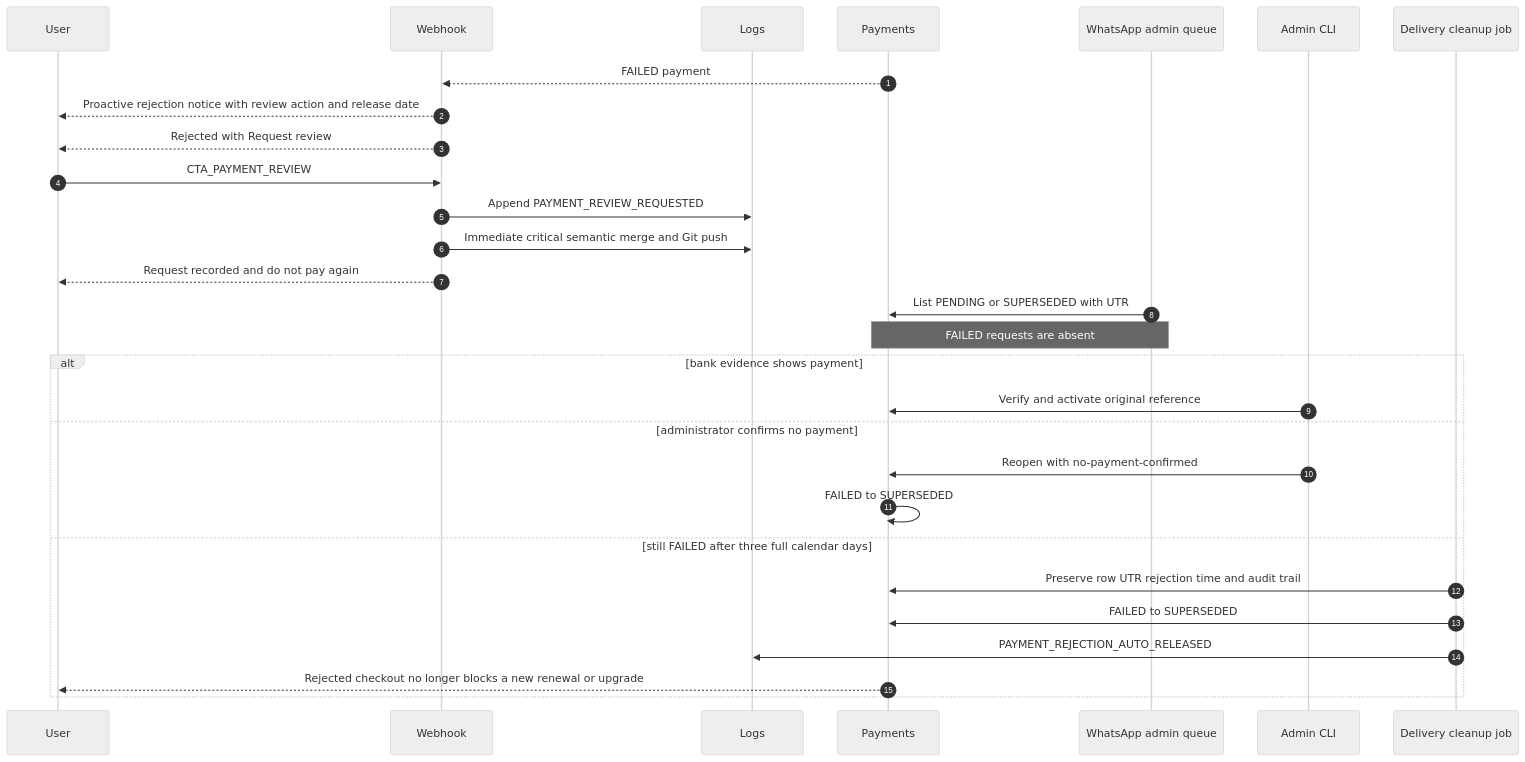
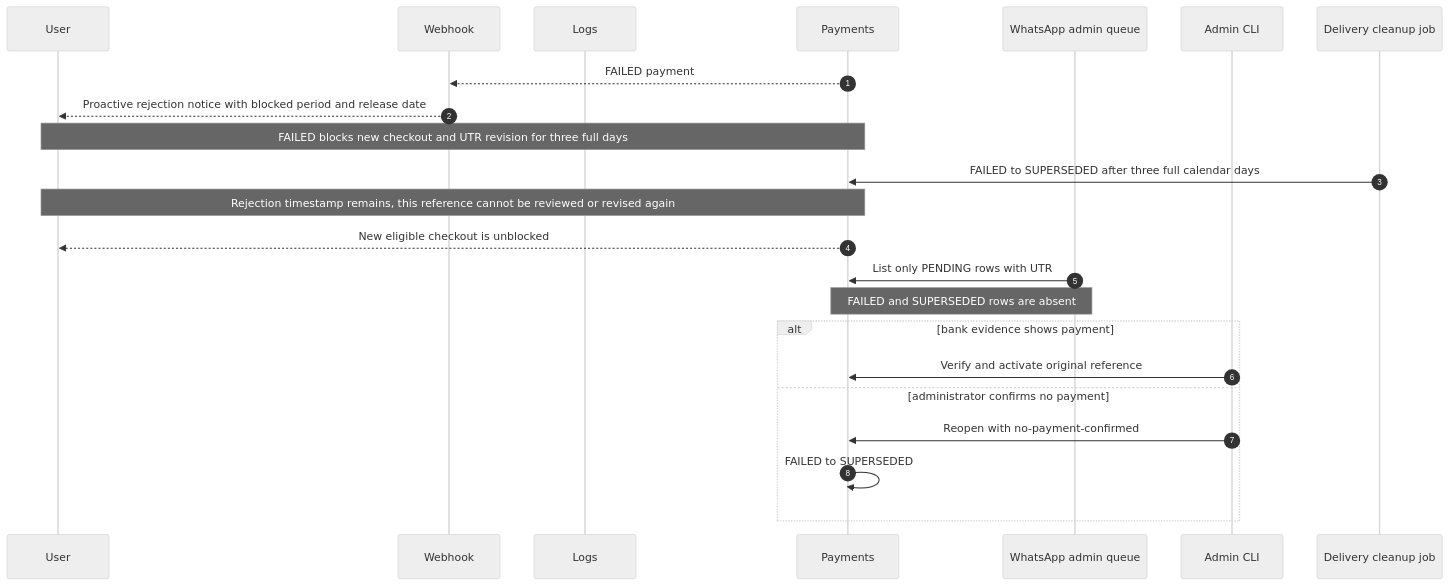
The seventh of 12 diagrams in sequence-diagrams.md (mishnit/daily-darshan), drawn with Mermaid (neutral theme) before and after one commit. The commit also changed other lines of this file and 22 other files, not shown here.

Commit message:
Harden payment review state and menu privacy

````diff
--- a/sequence-diagrams.md
+++ b/sequence-diagrams.md
@@ -262,31 +272,25 @@
 ```mermaid
 sequenceDiagram
     autonumber
     participant User
     participant Webhook
     participant Logs
     participant Payments
     participant AdminWA as WhatsApp admin queue
     participant AdminCLI as Admin CLI
     participant Cleanup as Delivery cleanup job
     Payments-->>Webhook: FAILED payment
-    Webhook-->>User: Proactive rejection notice with review action and release date
-    Webhook-->>User: Rejected with Request review
-    User->>Webhook: CTA_PAYMENT_REVIEW
-    Webhook->>Logs: Append PAYMENT_REVIEW_REQUESTED
-    Webhook->>Logs: Immediate critical semantic merge and Git push
-    Webhook-->>User: Request recorded and do not pay again
-    AdminWA->>Payments: List PENDING or SUPERSEDED with UTR
-    Note over AdminWA,Payments: FAILED requests are absent
+    Webhook-->>User: Proactive rejection notice with blocked period and release date
+    Note over User,Payments: FAILED blocks new checkout and UTR revision for three full days
+    Cleanup->>Payments: FAILED to SUPERSEDED after three full calendar days
+    Note over User,Payments: Rejection timestamp remains, this reference cannot be reviewed or revised again
+    Payments-->>User: New eligible checkout is unblocked
+    AdminWA->>Payments: List only PENDING rows with UTR
+    Note over AdminWA,Payments: FAILED and SUPERSEDED rows are absent
     alt bank evidence shows payment
         AdminCLI->>Payments: Verify and activate original reference
     else administrator confirms no payment
         AdminCLI->>Payments: Reopen with no-payment-confirmed
         Payments->>Payments: FAILED to SUPERSEDED
-    else still FAILED after three full calendar days
-        Cleanup->>Payments: Preserve row UTR rejection time and audit trail
-        Cleanup->>Payments: FAILED to SUPERSEDED
-        Cleanup->>Logs: PAYMENT_REJECTION_AUTO_RELEASED
-        Payments-->>User: Rejected checkout no longer blocks a new renewal or upgrade
     end
 ```
````
